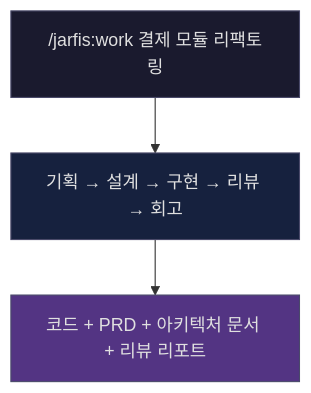
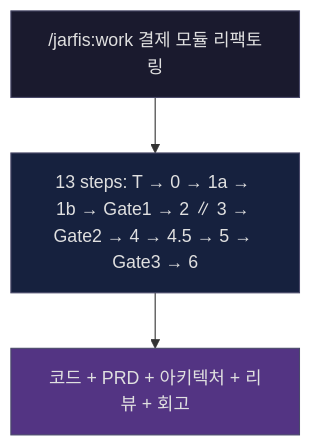
Before and after one commit to sana-lazystar/jarfis: the first of 3 diagrams in README.md, drawn with Mermaid. The commit also changed other lines of this file and 7 other files, not shown here.

````diff
--- a/README.md
+++ b/README.md
@@ -53,9 +57,9 @@
 ```mermaid
 flowchart TD
-    A["/jarfis:work 결제 모듈 리팩토링"] --> B["기획 → 설계 → 구현 → 리뷰 → 회고"]
-    B --> C["코드 + PRD + 아키텍처 문서 + 리뷰 리포트"]
+    A["/jarfis:work 결제 모듈 리팩토링"] --> B["13 steps: T → 0 → 1a → 1b → Gate1 → 2 ∥ 3 → Gate2 → 4 → 4.5 → 5 → Gate3 → 6"]
+    B --> C["코드 + PRD + 아키텍처 + 리뷰 + 회고"]
 
     style A fill:#1a1a2e,color:#e0e0e0,stroke:#4a4a6a
     style B fill:#16213e,color:#e0e0e0,stroke:#4a4a6a
     style C fill:#533483,color:#e0e0e0,stroke:#4a4a6a
 ```
````
